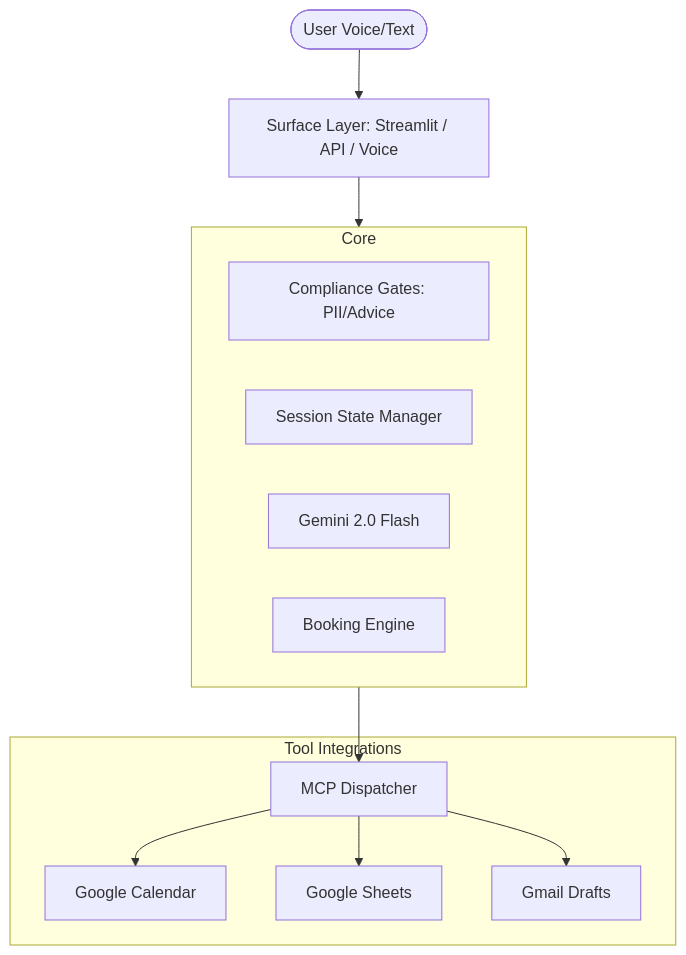
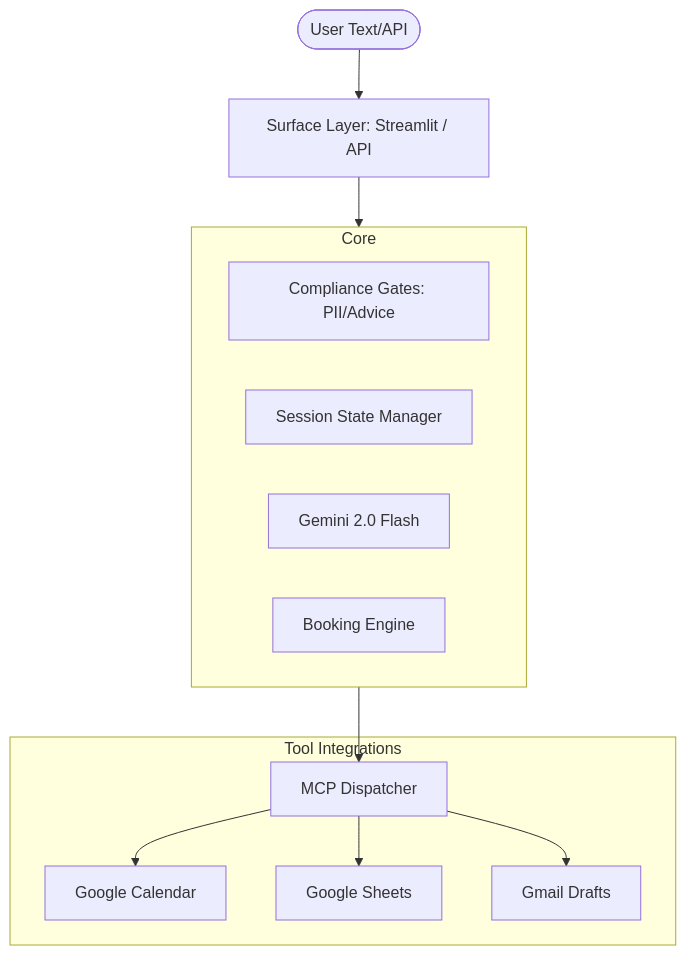
One commit to aartipm2025-max/VOICE-AGENT- changed the diagram in README.md. Above: the diagram before and after it, drawn with Mermaid. The commit also changed other lines of this file and 4 other files, not shown here.

First line of the commit message:
﻿revert: remove Phase 6 voice layer and keep Phase 5 surfaces only

````diff
--- a/README.md
+++ b/README.md
@@ -45,17 +45,17 @@
 ```mermaid
 graph TD
-    User([User Voice/Text]) --> Surface[Surface Layer: Streamlit / API / Voice]
+    User([User Text/API]) --> Surface[Surface Layer: Streamlit / API]
     Surface --> Core[Core Handler]
     subgraph Core
         Gate[Compliance Gates: PII/Advice]
         FSM[Session State Manager]
         LLM[Gemini 2.0 Flash]
         Booking[Booking Engine]
     end
     Core --> MCP[MCP Dispatcher]
     subgraph Tool Integrations
         MCP --> Calendar[Google Calendar]
         MCP --> Sheets[Google Sheets]
         MCP --> Gmail[Gmail Drafts]
     end
 ```
````
